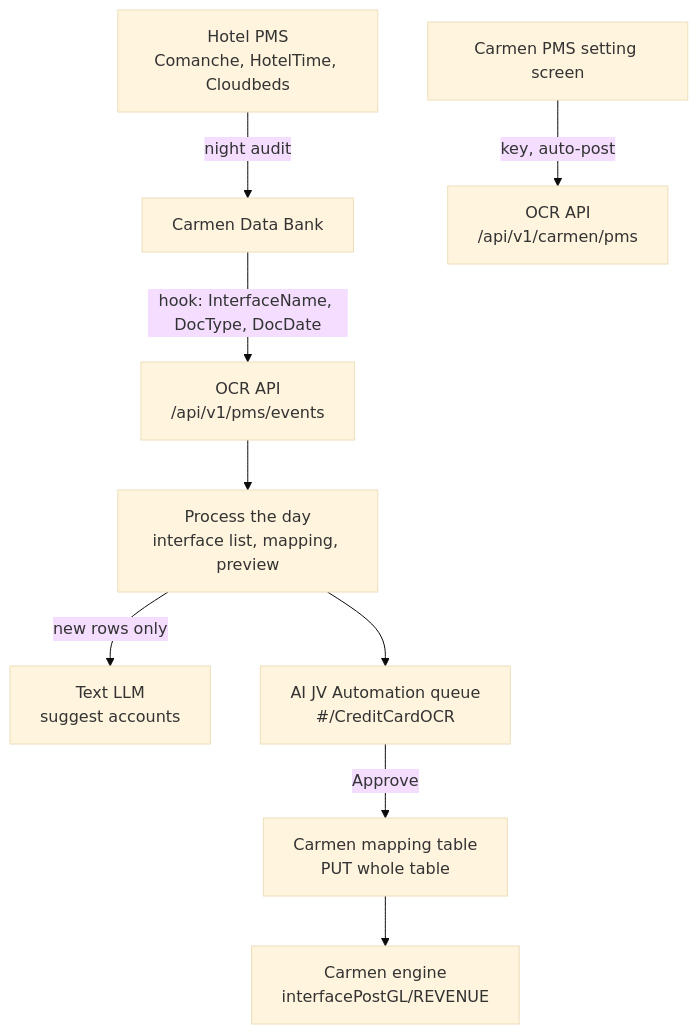
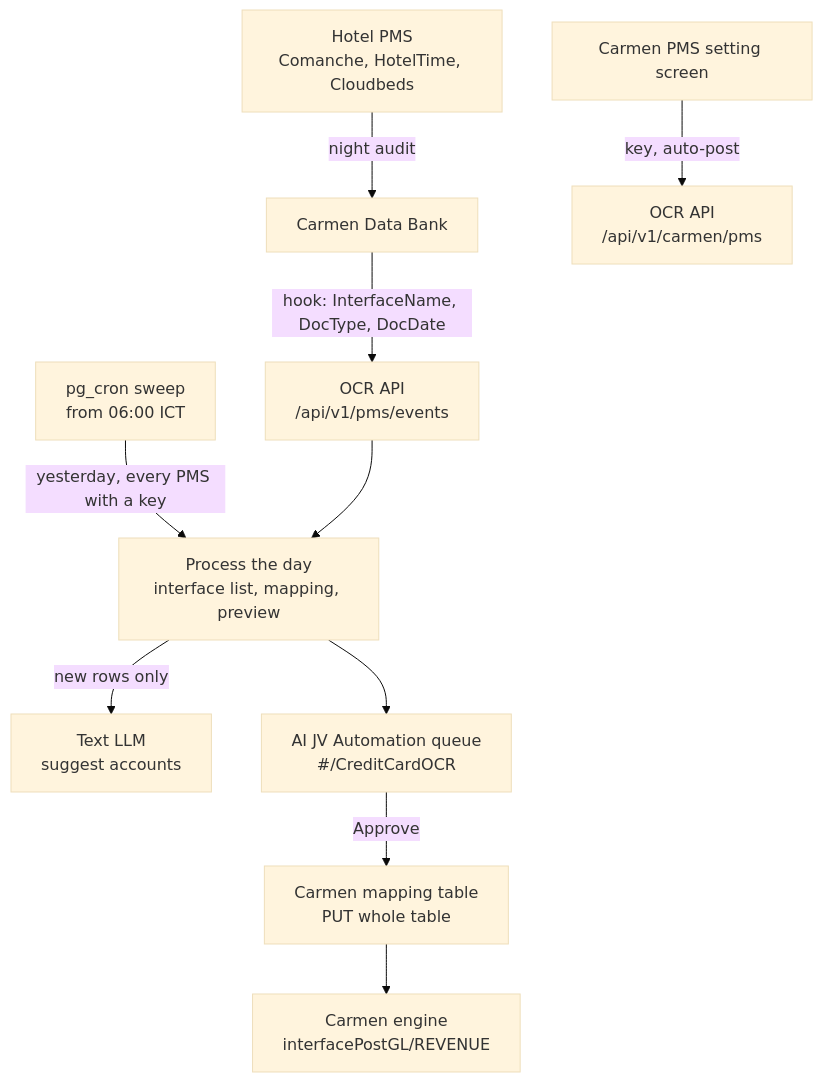
Before and after one commit to developer-carmensoftware/OCR: the first of 10 diagrams in docs/frd/FRD-11-pms-interface.md, drawn with Mermaid (base theme). The commit also changed other lines of this file and 13 other files, not shown here.

First line of the commit message:
docs(pms): decision-log #55; contract, gate, FRD-11 v1.5 follow the 06:00 sweep

````diff
--- a/docs/frd/FRD-11-pms-interface.md
+++ b/docs/frd/FRD-11-pms-interface.md
@@ -46,11 +47,12 @@
 ```mermaid 1.1 | Carmen holds the data, the rules and the mapping; we find the gaps
 flowchart TB
     PMS[Hotel PMS<br/>Comanche, HotelTime, Cloudbeds] -->|night audit| DB[Carmen Data Bank]
     DB -->|hook: InterfaceName, DocType, DocDate| API[OCR API<br/>/api/v1/pms/events]
+    CRON[pg_cron sweep<br/>from 06:00 ICT] -->|yesterday, every PMS with a key| PROC
     API --> PROC[Process the day<br/>interface list, mapping, preview]
     PROC -->|new rows only| LLM[Text LLM<br/>suggest accounts]
     PROC --> Q[AI JV Automation queue<br/>#/CreditCardOCR]
     Q -->|Approve| MAP[Carmen mapping table<br/>PUT whole table]
     MAP --> ENG[Carmen engine<br/>interfacePostGL/REVENUE]
     SET[Carmen PMS setting screen] -->|key, auto-post| API2[OCR API<br/>/api/v1/carmen/pms]
 ```
````
